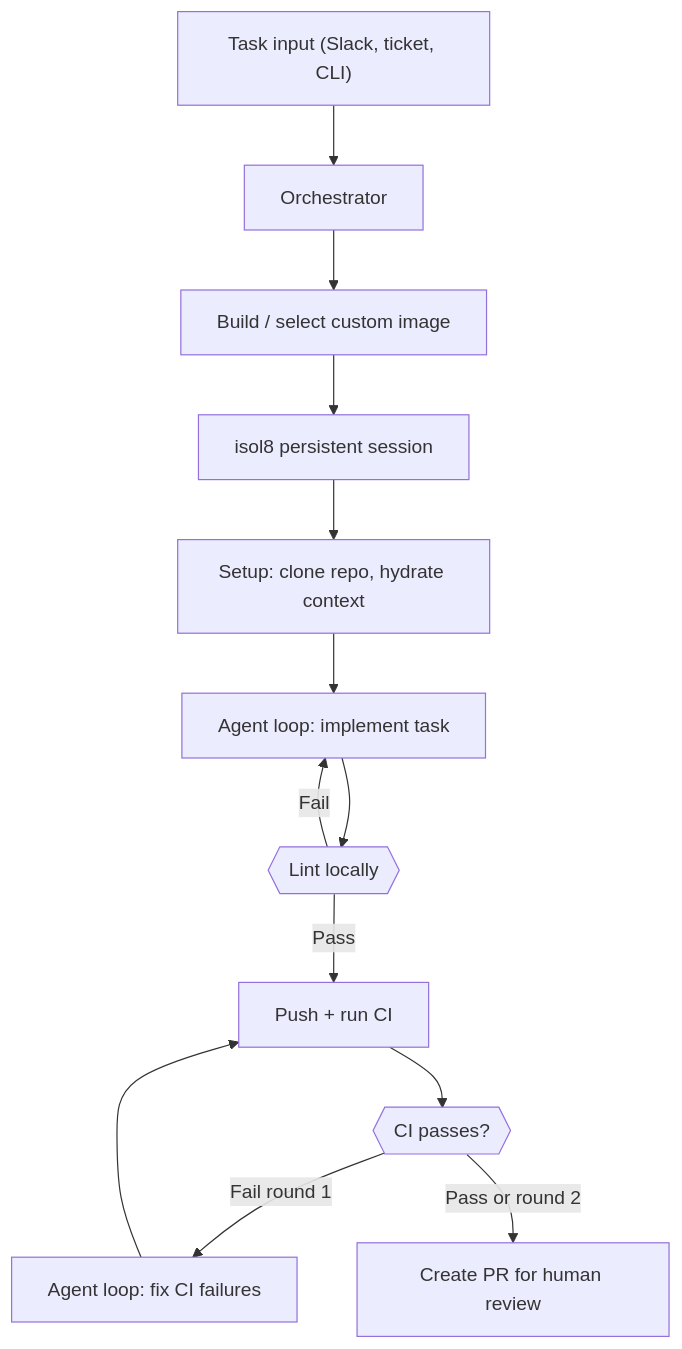
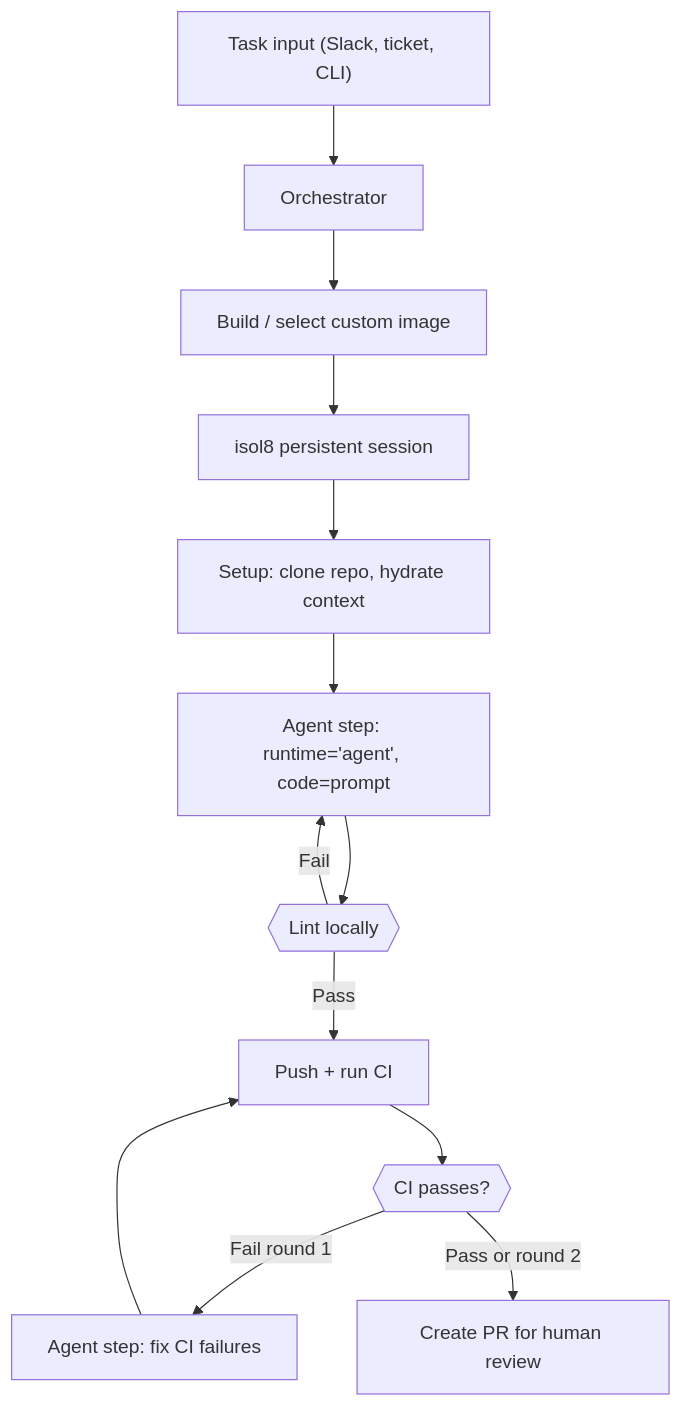
The diagram in apps/docs/guides/one-shot-coding-agents.mdx (Illusion47586/isol8), drawn with Mermaid before and after one commit. The commit also changed other lines of this file and 3 other files, not shown here.

````diff
--- a/apps/docs/guides/one-shot-coding-agents.mdx
+++ b/apps/docs/guides/one-shot-coding-agents.mdx
@@ -20,15 +20,15 @@
 ```mermaid
 flowchart TD
   A["Task input (Slack, ticket, CLI)"] --> B["Orchestrator"]
   B --> C["Build / select custom image"]
   C --> D["isol8 persistent session"]
   D --> E["Setup: clone repo, hydrate context"]
-  E --> F["Agent loop: implement task"]
+  E --> F["Agent step: runtime='agent', code=prompt"]
   F --> G{{"Lint locally"}}
   G -->|Fail| F
   G -->|Pass| H["Push + run CI"]
   H --> I{{"CI passes?"}}
-  I -->|Fail round 1| J["Agent loop: fix CI failures"]
+  I -->|Fail round 1| J["Agent step: fix CI failures"]
   J --> H
   I -->|Pass or round 2| K["Create PR for human review"]
 ```
````
